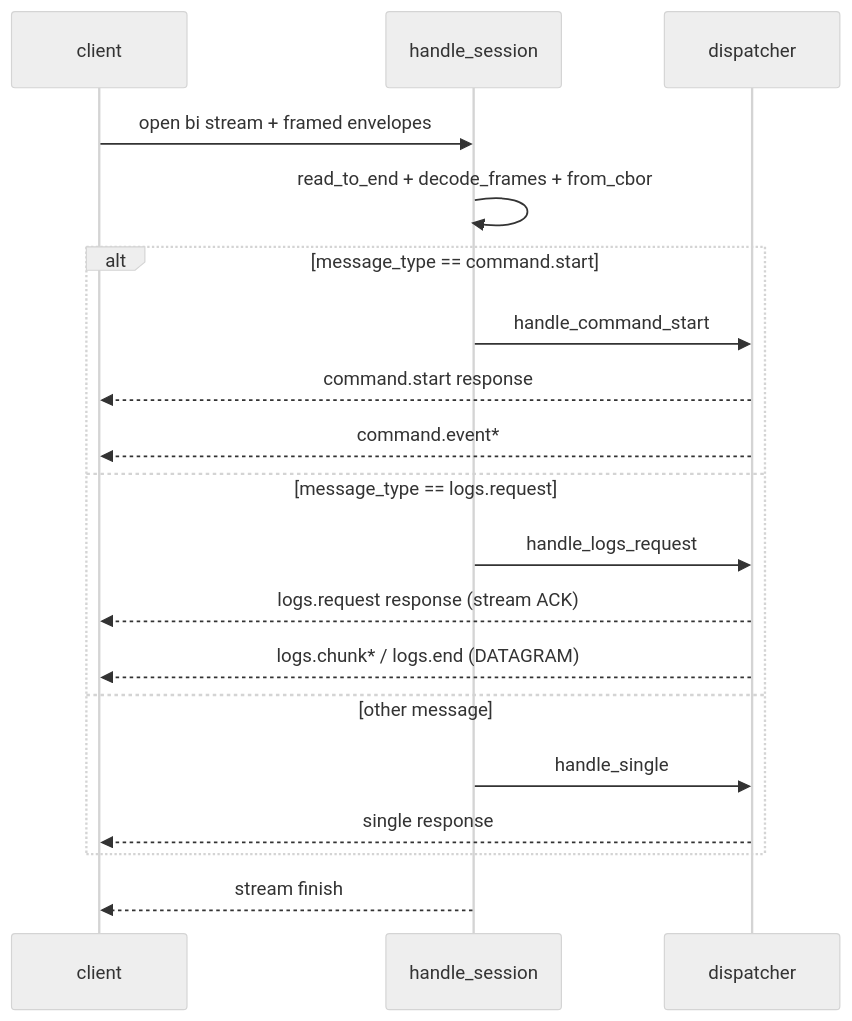
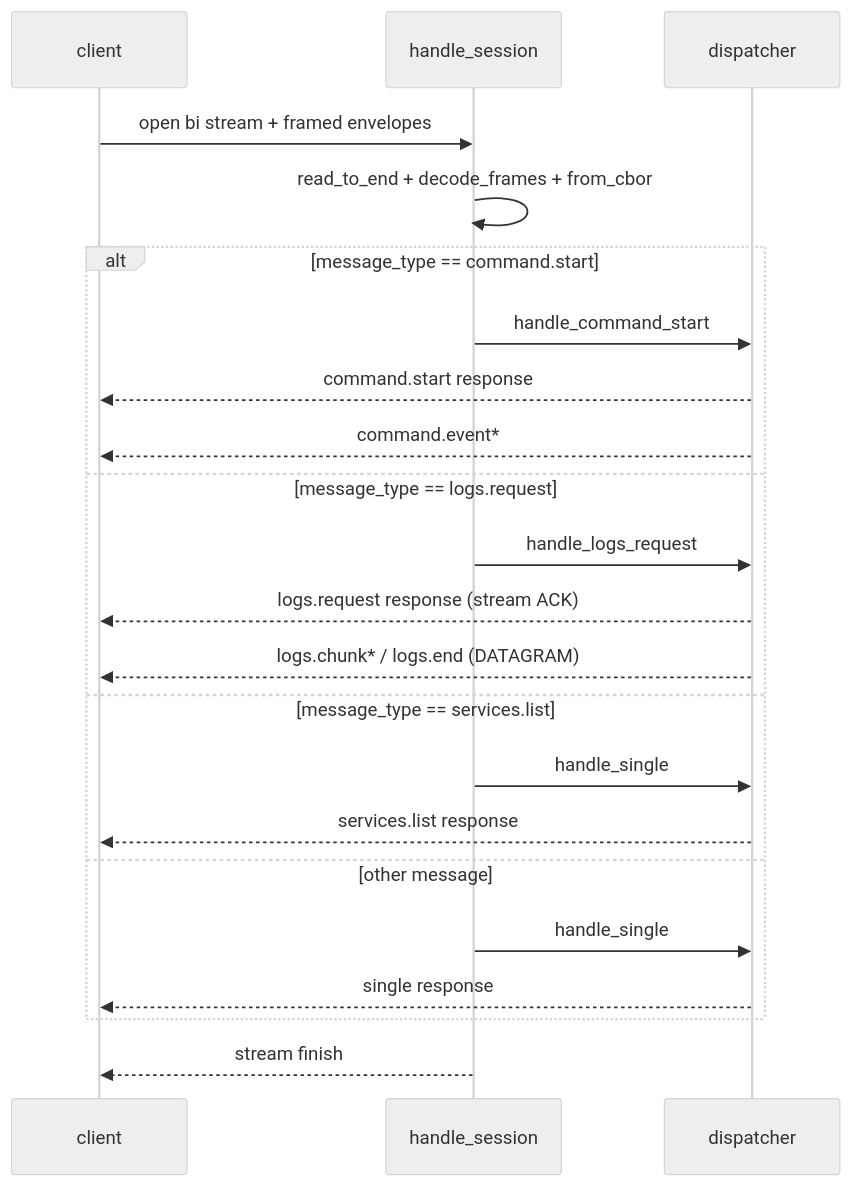
The second of 4 diagrams in docs/spec/imagod-internals.md (yieldspace/imago), drawn with Mermaid (neutral theme) before and after one commit. The commit also changed other lines of this file and 19 other files, not shown here.

````diff
--- a/docs/spec/imagod-internals.md
+++ b/docs/spec/imagod-internals.md
@@ -103,22 +104,25 @@
 ```mermaid
 sequenceDiagram
   participant C as client
   participant S as handle_session
   participant D as dispatcher
 
   C->>S: open bi stream + framed envelopes
   S->>S: read_to_end + decode_frames + from_cbor
   alt message_type == command.start
     S->>D: handle_command_start
     D-->>C: command.start response
     D-->>C: command.event*
   else message_type == logs.request
     S->>D: handle_logs_request
     D-->>C: logs.request response (stream ACK)
     D-->>C: logs.chunk* / logs.end (DATAGRAM)
+  else message_type == services.list
+    S->>D: handle_single
+    D-->>C: services.list response
   else other message
     S->>D: handle_single
     D-->>C: single response
   end
   S-->>C: stream finish
 ```
````
